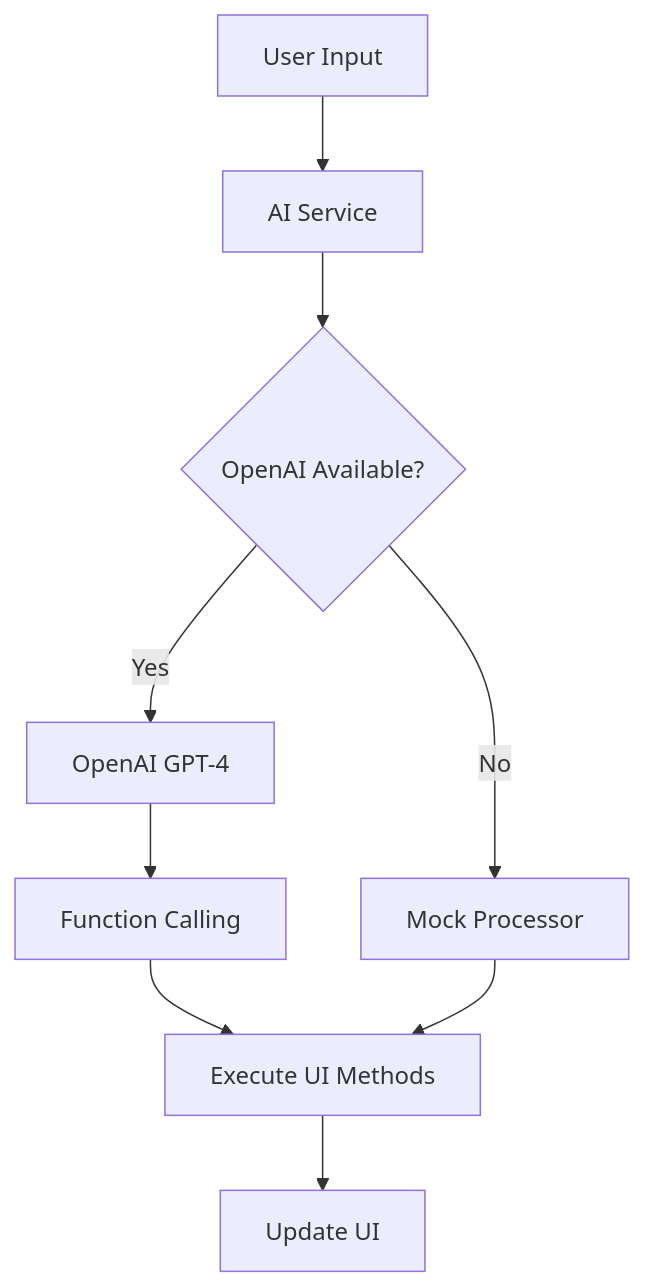
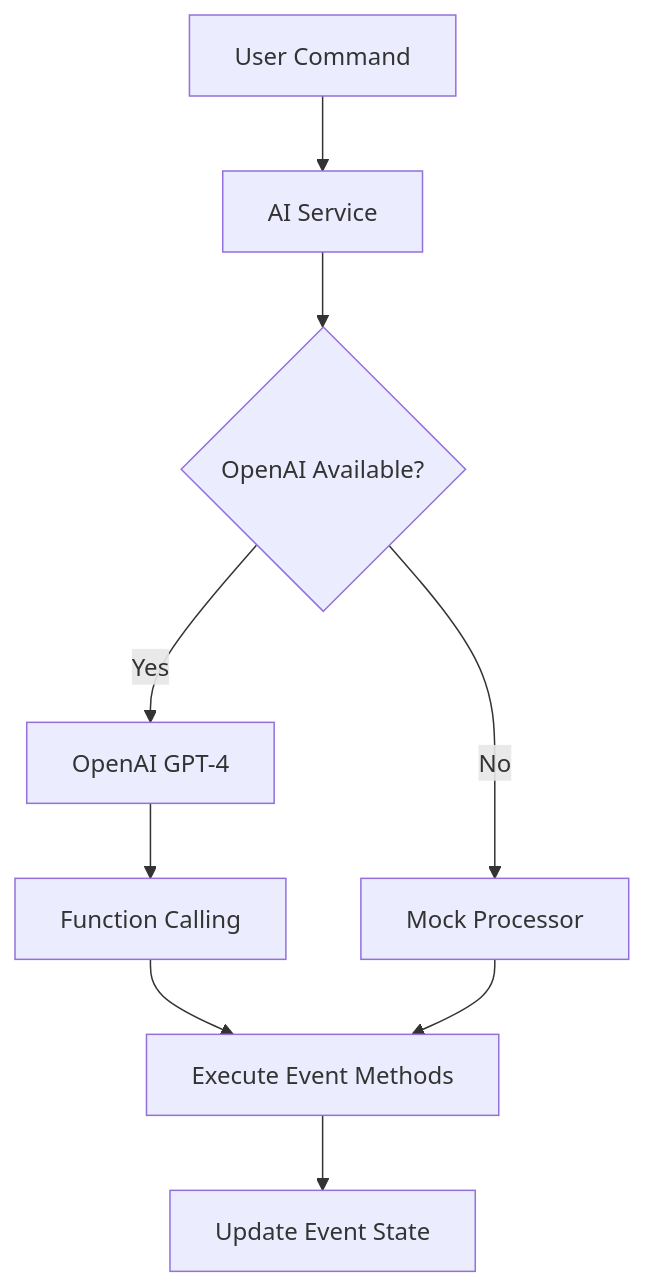
Before and after one commit to Jeremiah-David/vue-ai-prototype: the diagram in AI_INTEGRATION.md, drawn with Mermaid. The commit also changed other lines of this file and 8 other files, not shown here.

````diff
--- a/AI_INTEGRATION.md
+++ b/AI_INTEGRATION.md
@@ -17,11 +17,11 @@
 ```mermaid
 graph TD
-    A[User Input] --> B[AI Service]
+    A[User Command] --> B[AI Service]
     B --> C{OpenAI Available?}
     C -->|Yes| D[OpenAI GPT-4]
     C -->|No| E[Mock Processor]
     D --> F[Function Calling]
-    F --> G[Execute UI Methods]
+    F --> G[Execute Event Methods]
     E --> G
-    G --> H[Update UI]
+    G --> H[Update Event State]
 ```
````
